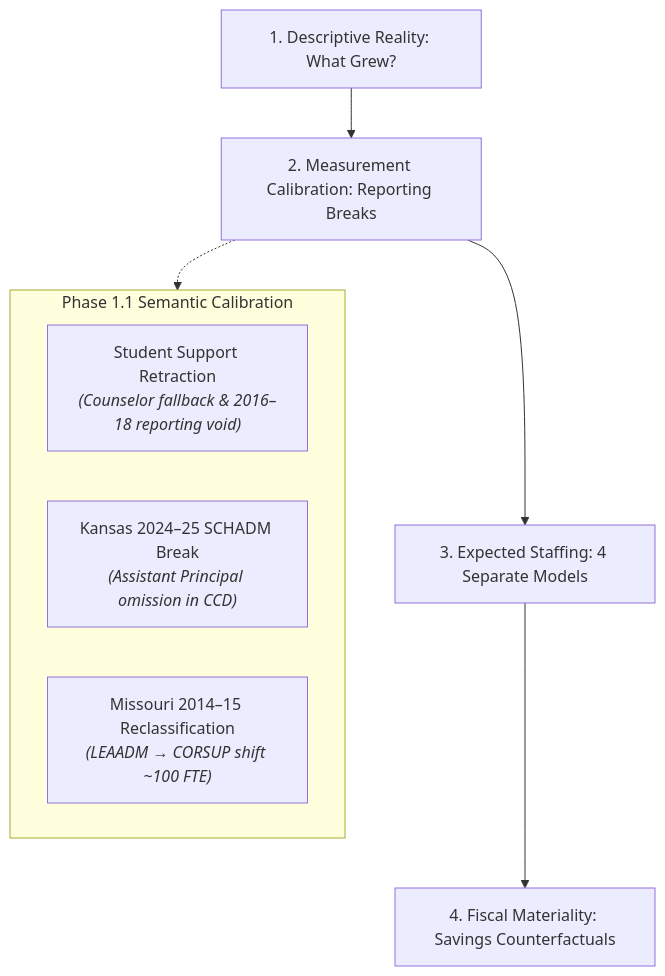
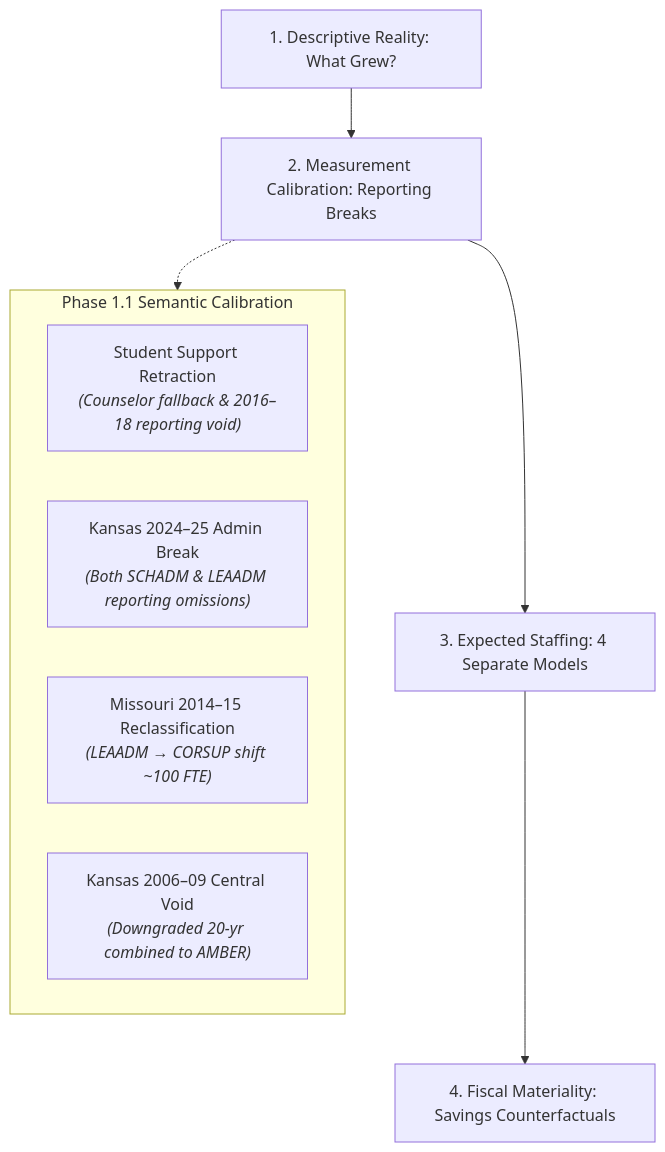
Before and after one commit to admiralorbiter/computational-sketchbook: the diagram in 2026/2026-10-01-kc-admin-staffing-decomposition/README.md, drawn with Mermaid. The commit also changed other lines of this file and 15 other files, not shown here.

Commit message:
Phase 1.1 Final Patch: Machine-enforced comparability, 48.5% coordinator share, pre-break benchmark, and Kansas LEAADM/SCHADM isolation

````diff
--- a/2026/2026-10-01-kc-admin-staffing-decomposition/README.md
+++ b/2026/2026-10-01-kc-admin-staffing-decomposition/README.md
@@ -18,14 +18,15 @@
 ```mermaid
 flowchart TD
     Q1["1. Descriptive Reality: What Grew?"] --> Q2["2. Measurement Calibration: Reporting Breaks"]
     Q2 --> Q3["3. Expected Staffing: 4 Separate Models"]
     Q3 --> Q4["4. Fiscal Materiality: Savings Counterfactuals"]
 
     subgraph Calibration["Phase 1.1 Semantic Calibration"]
         B1["Student Support Retraction<br/><i>(Counselor fallback & 2016–18 reporting void)</i>"]
-        B2["Kansas 2024–25 SCHADM Break<br/><i>(Assistant Principal omission in CCD)</i>"]
+        B2["Kansas 2024–25 Admin Break<br/><i>(Both SCHADM & LEAADM reporting omissions)</i>"]
         B3["Missouri 2014–15 Reclassification<br/><i>(LEAADM → CORSUP shift ~100 FTE)</i>"]
+        B4["Kansas 2006–09 Central Void<br/><i>(Downgraded 20-yr combined to AMBER)</i>"]
     end
 
     Q2 -.-> Calibration
 ```
````
